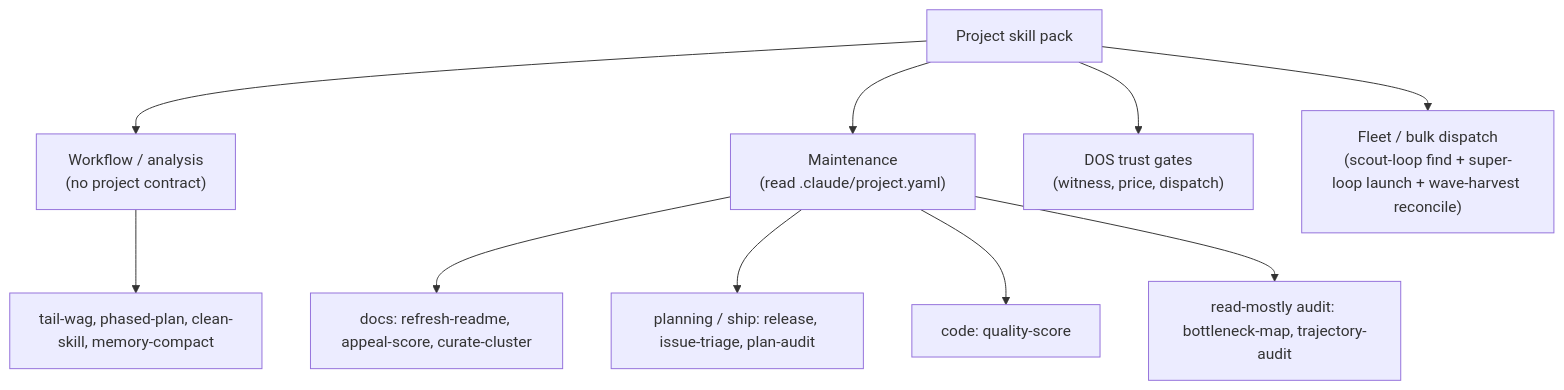
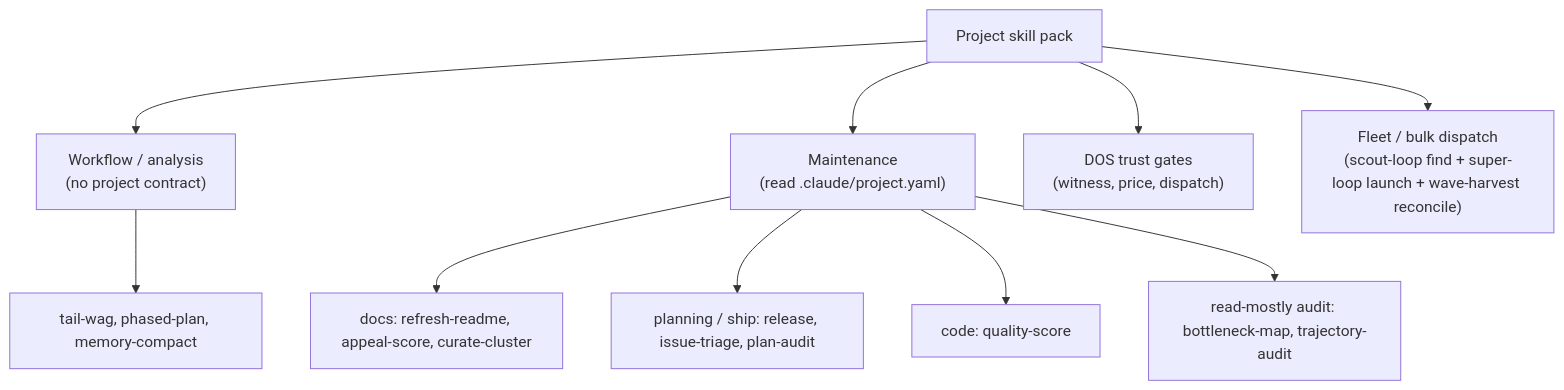
One commit to anthony-chaudhary/fak changed the diagram in .claude/skills/README.md. Above: the diagram before and after it, drawn with Mermaid. The commit also changed other lines of this file and 15 other files, not shown here.

````diff
--- a/.claude/skills/README.md
+++ b/.claude/skills/README.md
@@ -10,12 +10,12 @@
 ```mermaid
 flowchart TD
   Pack["Project skill pack"] --> WF["Workflow / analysis<br/>(no project contract)"]
   Pack --> MN["Maintenance<br/>(read .claude/project.yaml)"]
-  WF --> Analysis["tail-wag, phased-plan, clean-skill, memory-compact"]
+  WF --> Analysis["tail-wag, phased-plan, memory-compact"]
   MN --> Doc["docs: refresh-readme, appeal-score, curate-cluster"]
   MN --> Plan["planning / ship: release, issue-triage, plan-audit"]
   MN --> Quality["code: quality-score"]
   MN --> Audit["read-mostly audit: bottleneck-map, trajectory-audit"]
   Pack --> DOS["DOS trust gates<br/>(witness, price, dispatch)"]
   Pack --> Fleet["Fleet / bulk dispatch<br/>(scout-loop find + super-loop launch + wave-harvest reconcile)"]
 ```
````
